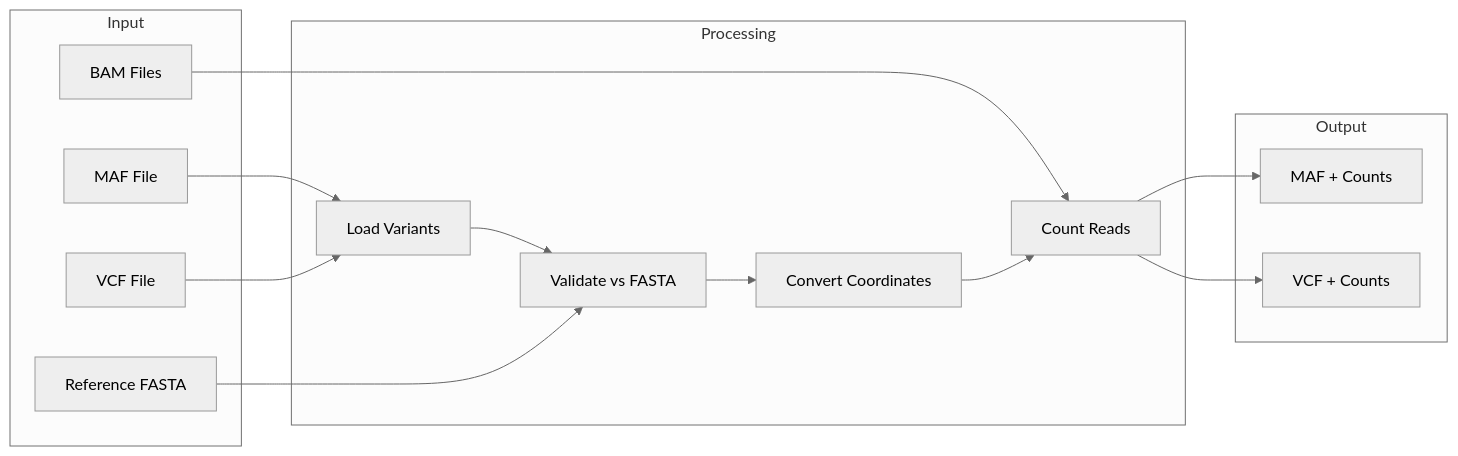
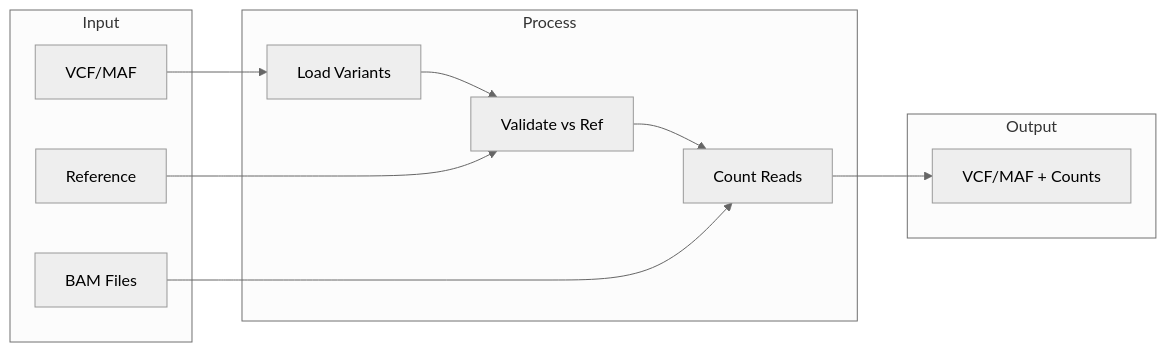
One commit to msk-access/py-gbcms changed the second of 4 diagrams in docs/ARCHITECTURE.md. Above: the diagram before and after it, drawn with Mermaid (neutral theme). The commit also changed other lines of this file and 7 other files, not shown here.

````diff
--- a/docs/ARCHITECTURE.md
+++ b/docs/ARCHITECTURE.md
@@ -34,31 +31,24 @@
 ```mermaid
 flowchart LR
     subgraph Input
-        MAF[MAF File] 
-        VCF[VCF File]
+        VCF[VCF/MAF]
         BAM[BAM Files]
-        FASTA[Reference FASTA]
+        FASTA[Reference]
     end
     
-    subgraph Processing
-        Variants[Load Variants]
-        Validate[Validate vs FASTA]
-        Convert[Convert Coordinates]
+    subgraph Process
+        Load[Load Variants]
+        Validate[Validate vs Ref]
         Count[Count Reads]
     end
     
     subgraph Output
-        OutMAF[MAF + Counts]
-        OutVCF[VCF + Counts]
+        Result[VCF/MAF + Counts]
     end
     
-    MAF --> Variants
-    VCF --> Variants
-    Variants --> Validate
+    VCF --> Load --> Validate
     FASTA --> Validate
-    Validate --> Convert
+    Validate --> Count
     BAM --> Count
-    Convert --> Count
-    Count --> OutMAF
-    Count --> OutVCF
+    Count --> Result
 ```
````
